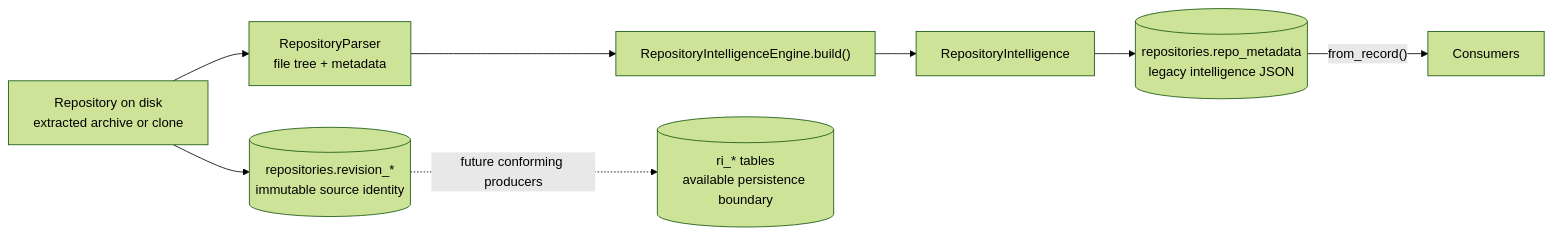
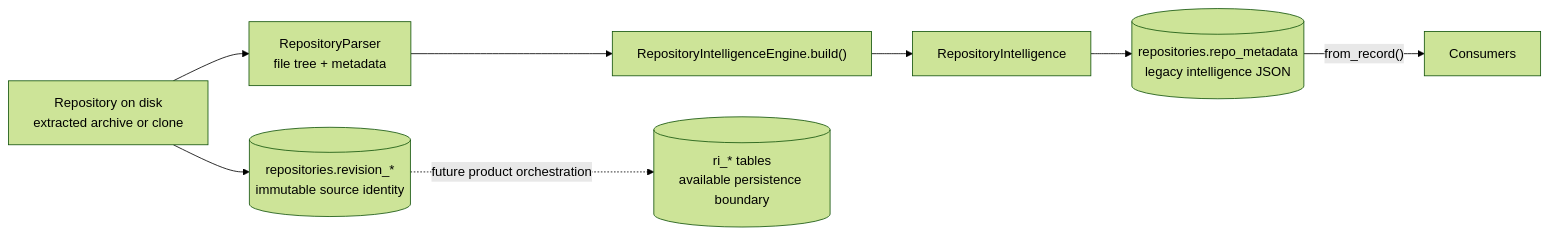
The diagram in docs/architecture/REPOSITORY_INTELLIGENCE.md (Second-Origin/PARTHA), drawn with Mermaid (forest theme) before and after one commit. The commit also changed other lines of this file and 53 other files, not shown here.

````diff
--- a/docs/architecture/REPOSITORY_INTELLIGENCE.md
+++ b/docs/architecture/REPOSITORY_INTELLIGENCE.md
@@ -27,16 +27,16 @@
 ```mermaid
 flowchart LR
     Root["Repository on disk<br/>extracted archive or clone"]
     Parser["RepositoryParser<br/>file tree + metadata"]
     Engine["RepositoryIntelligenceEngine.build()"]
     Model["RepositoryIntelligence"]
     Store[("repositories.repo_metadata<br/>legacy intelligence JSON")]
     Revision[("repositories.revision_*<br/>immutable source identity")]
     Snapshot[("ri_* tables<br/>available persistence boundary")]
     Consumers["Consumers"]
 
     Root --> Parser --> Engine --> Model --> Store
     Root --> Revision
-    Revision -. future conforming producers .-> Snapshot
+    Revision -. future product orchestration .-> Snapshot
     Store -->|"from_record()"| Consumers
 ```
````
